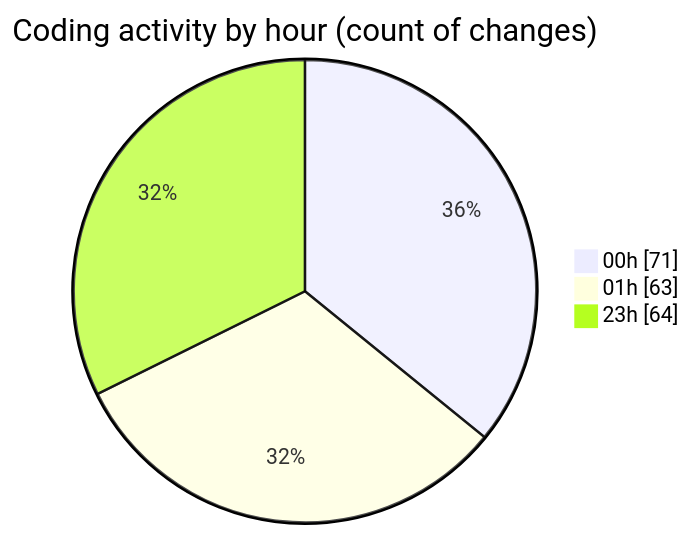
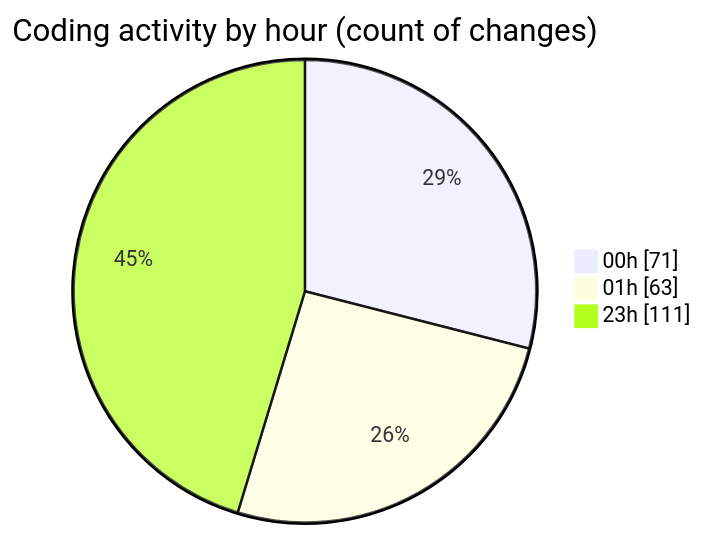
The second of 2 diagrams in 2025-07-17/mern-workoutboard/README.md (Ritupan-Deka/code-tracking), drawn with Mermaid before and after one commit. The commit also changed other lines of this file and 1 other file, not shown here.

````diff
--- a/2025-07-17/mern-workoutboard/README.md
+++ b/2025-07-17/mern-workoutboard/README.md
@@ -31,7 +32,7 @@
 ```mermaid
 pie showData
 title Coding activity by hour (count of changes)
 "00h" : 71
 "01h" : 63
-"23h" : 64
+"23h" : 111
 ```
````
